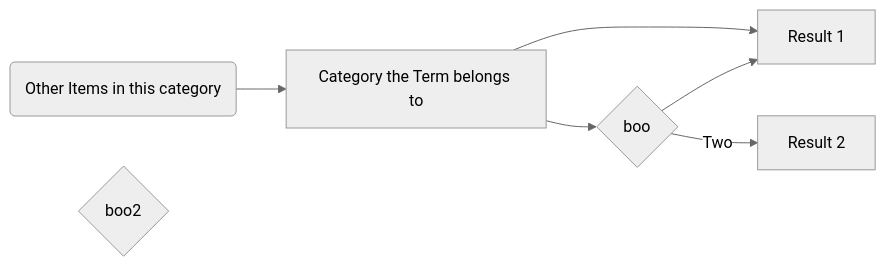
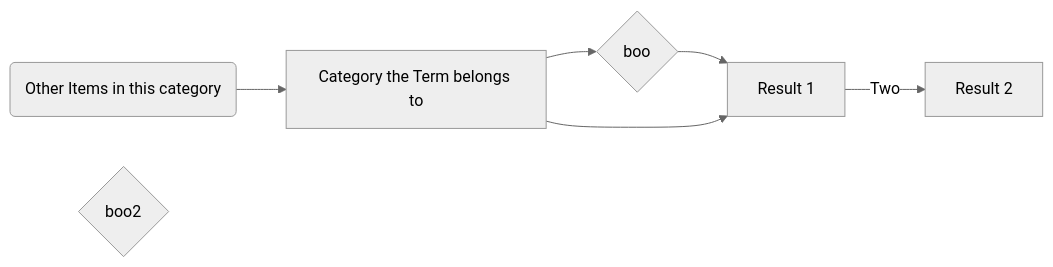
One commit to gerbssusd/dok changed the diagram in slides.md. Above: the diagram before and after it, drawn with Mermaid (neutral theme).

````diff
--- a/slides.md
+++ b/slides.md
@@ -217,12 +217,12 @@
 ```mermaid {theme: 'neutral', scale: 0.8}
 graph LR
 A(Other Items in this category) --> B[Category the Term belongs to]
 B--> C{boo}-->D 
 B --> D[Result 1]
-C -->|Two| E[Result 2]
+ -->|Two| E[Result 2]
 H{boo2}
 
 
 
 
 ```
````
